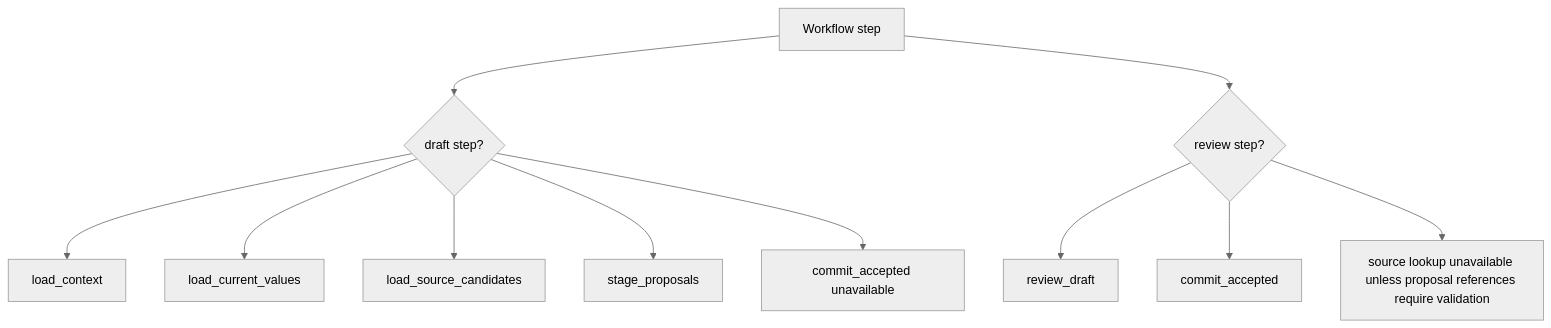
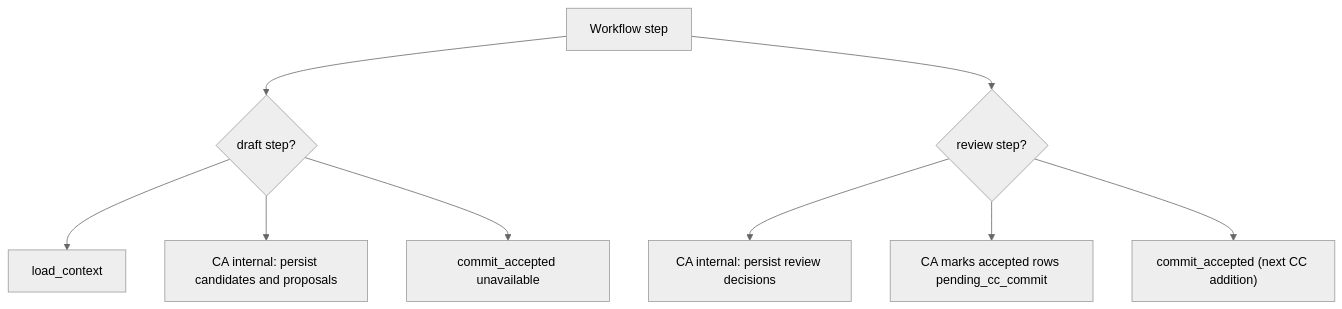
One commit to Open-Earth-Foundation/CityCatalyst changed the fourth of 6 diagrams in docs/plan.md. Above: the diagram before and after it, drawn with Mermaid (neutral theme). The commit also changed other lines of this file and 31 other files, not shown here.

````diff
--- a/docs/plan.md
+++ b/docs/plan.md
@@ -444,13 +467,11 @@
 ```mermaid
 flowchart TD
   Step["Workflow step"] --> Draft{"draft step?"}
   Step --> Review{"review step?"}
   Draft --> LoadContext["load_context"]
-  Draft --> LoadValues["load_current_values"]
-  Draft --> LoadSources["load_source_candidates"]
-  Draft --> Stage["stage_proposals"]
+  Draft --> CAPersistDraft["CA internal: persist candidates and proposals"]
   Draft --> NoCommit["commit_accepted unavailable"]
-  Review --> ReviewDraft["review_draft"]
-  Review --> Commit["commit_accepted"]
-  Review --> NoSourceLookup["source lookup unavailable unless proposal references require validation"]
+  Review --> CAReview["CA internal: persist review decisions"]
+  Review --> PendingCommit["CA marks accepted rows pending_cc_commit"]
+  Review --> Commit["commit_accepted (next CC addition)"]
 ```
````
